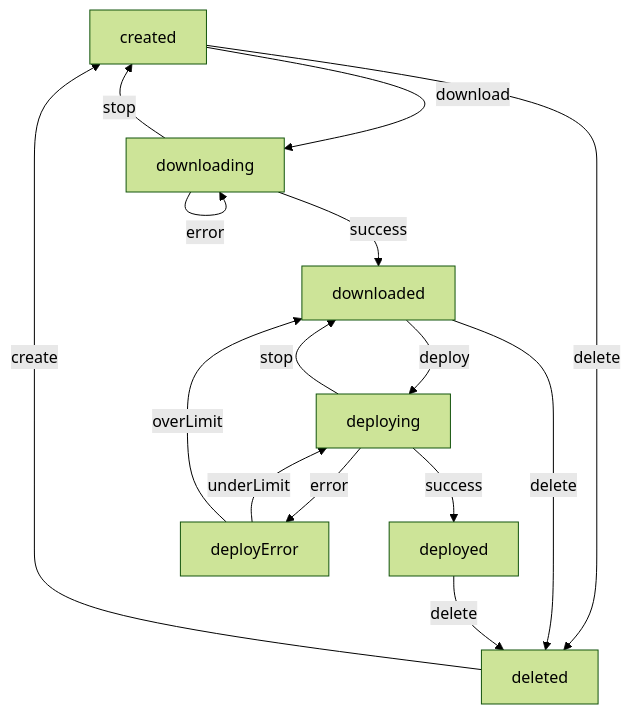
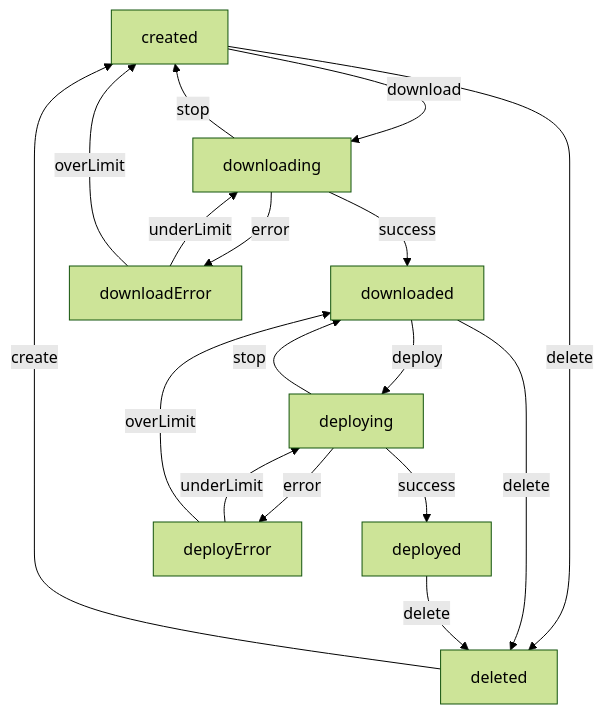
One commit to fruit-testbed/p2p-update changed the second of 2 diagrams in diagrams.md. Above: the diagram before and after it, drawn with Mermaid (forest theme).

Commit message:
updated Update state-machine

````diff
--- a/diagrams.md
+++ b/diagrams.md
@@ -49,17 +49,19 @@
 ```mermaid
 graph TD;
 	created -->|download| downloading;
 	created -->|delete| deleted;
 	downloading -->|success| downloaded;
-	downloading -->|error| downloading;
+	downloading -->|error| downloadError;
 	downloading -->|stop| created;
+	downloadError -->|underLimit| downloading;
+	downloadError -->|overLimit| created;
 	downloaded -->|deploy| deploying;
 	downloaded -->|delete| deleted;
 	deploying -->|success| deployed;
 	deploying -->|error| deployError;
 	deploying -->|stop| downloaded;
 	deployError -->|underLimit| deploying;
 	deployError -->|overLimit| downloaded;
 	deployed -->|delete| deleted;
 	deleted -->|create| created;
 ```
````
